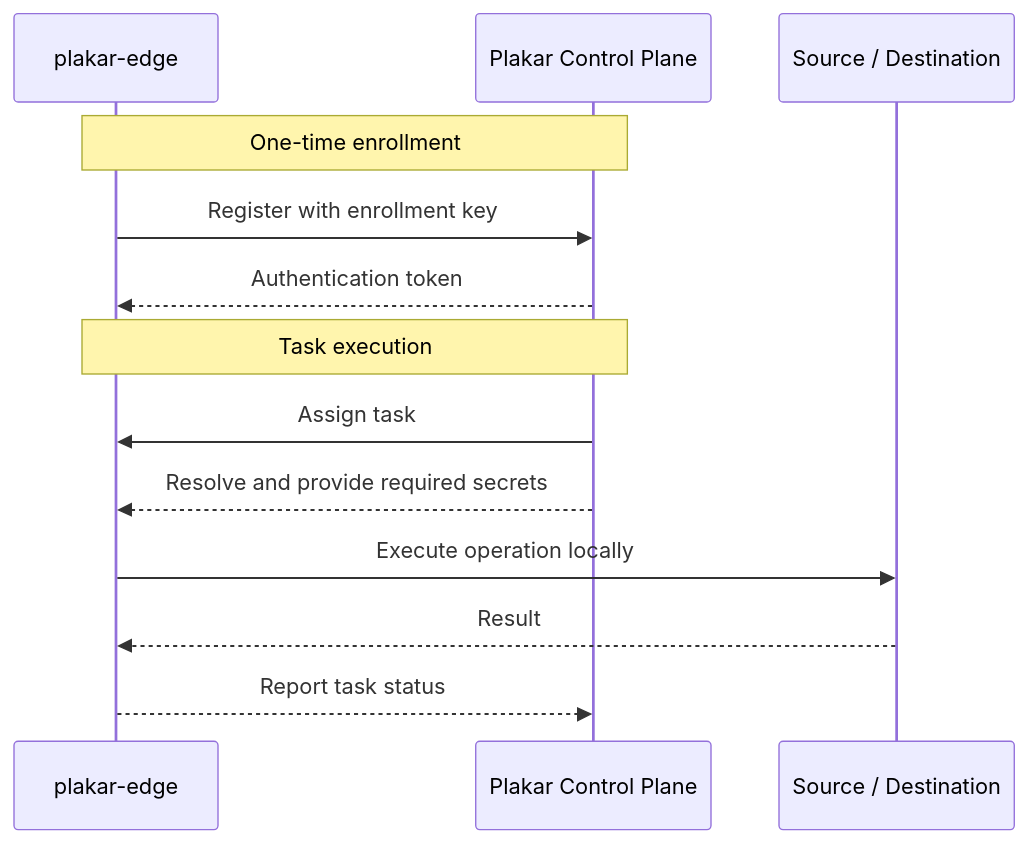
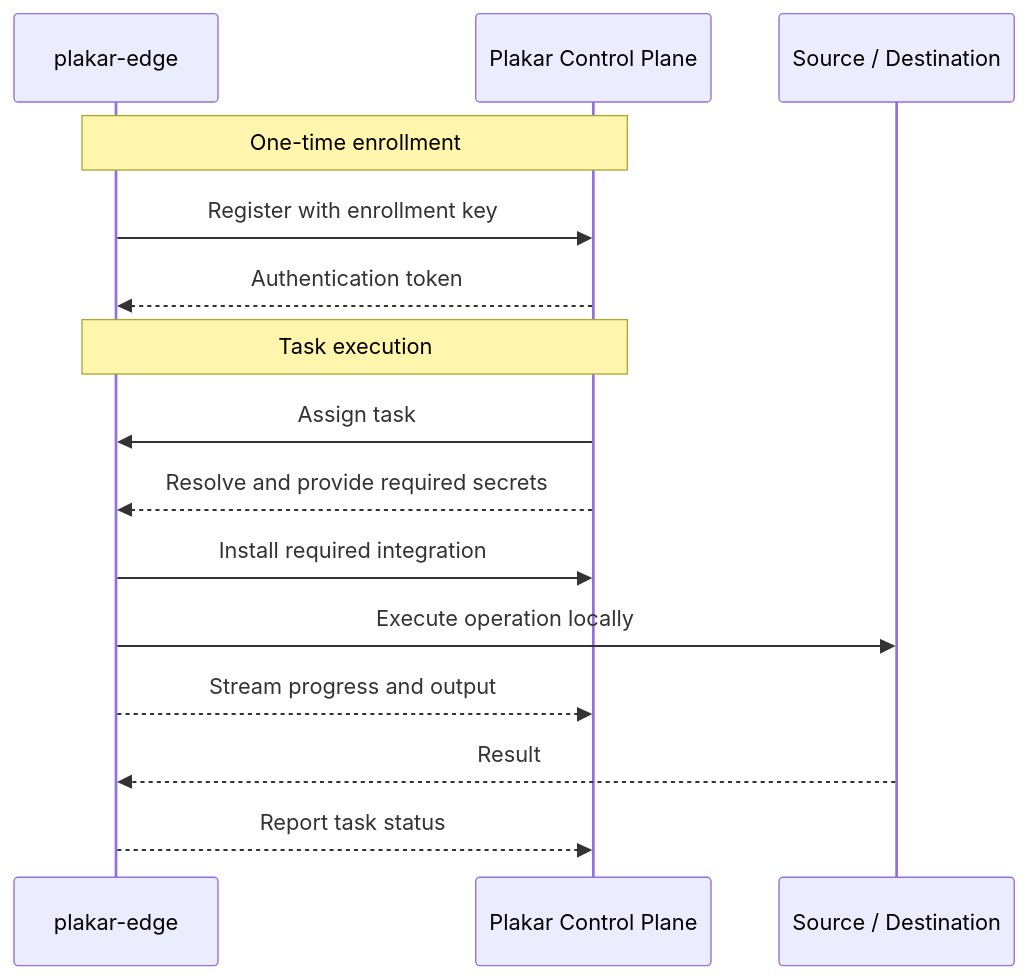
The second of 2 diagrams in docs/control-plane/infrastructure/edges/index.md (vcoisne/plakar.io), drawn with Mermaid before and after one commit. The commit also changed other lines of this file and 2865 other files, not shown here.

```diff
--- a/docs/control-plane/infrastructure/edges/index.md
+++ b/docs/control-plane/infrastructure/edges/index.md
@@ -108,17 +121,19 @@
 {{< mermaid >}}
 sequenceDiagram
   participant Edge as plakar-edge
   participant PCP as Plakar Control Plane
   participant Target as Source / Destination
 
   Note over Edge,PCP: One-time enrollment
   Edge->>PCP: Register with enrollment key
   PCP-->>Edge: Authentication token
 
   Note over Edge,PCP: Task execution
   PCP->>Edge: Assign task
   PCP-->>Edge: Resolve and provide required secrets
+  Edge->>PCP: Install required integration
   Edge->>Target: Execute operation locally
+  Edge-->>PCP: Stream progress and output
   Target-->>Edge: Result
   Edge-->>PCP: Report task status
 {{< /mermaid >}}
```
